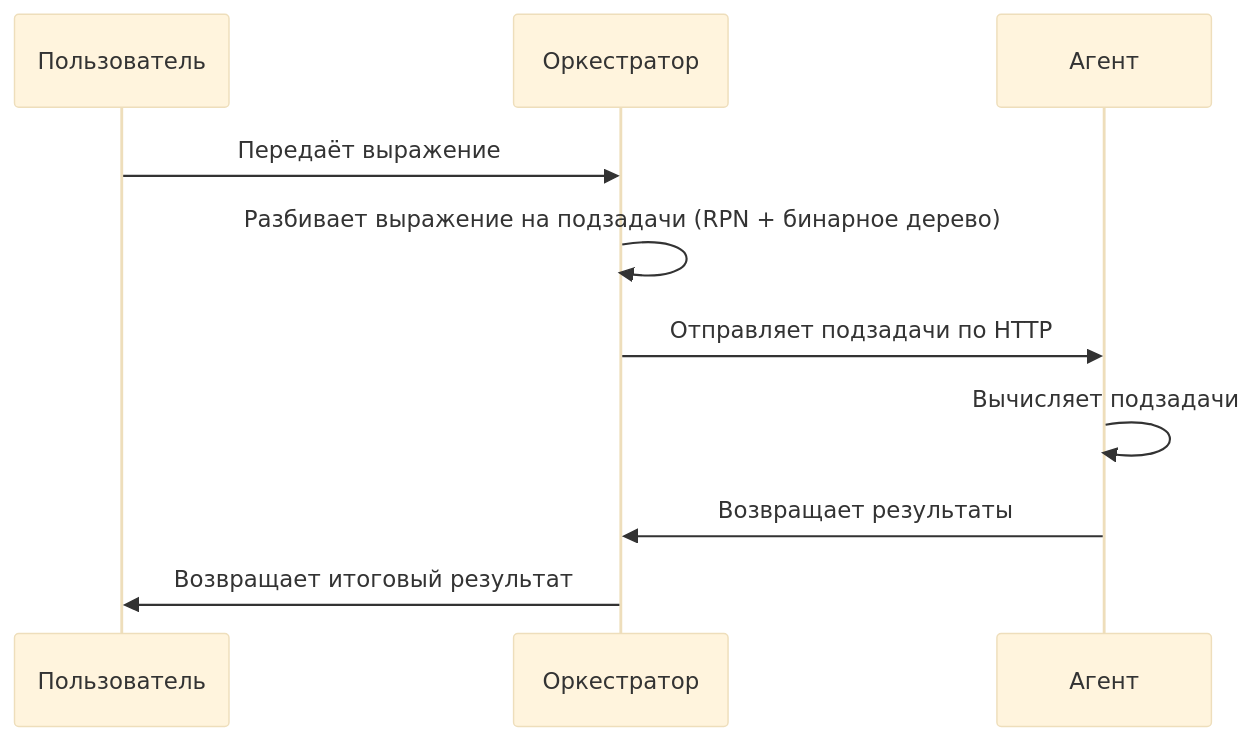
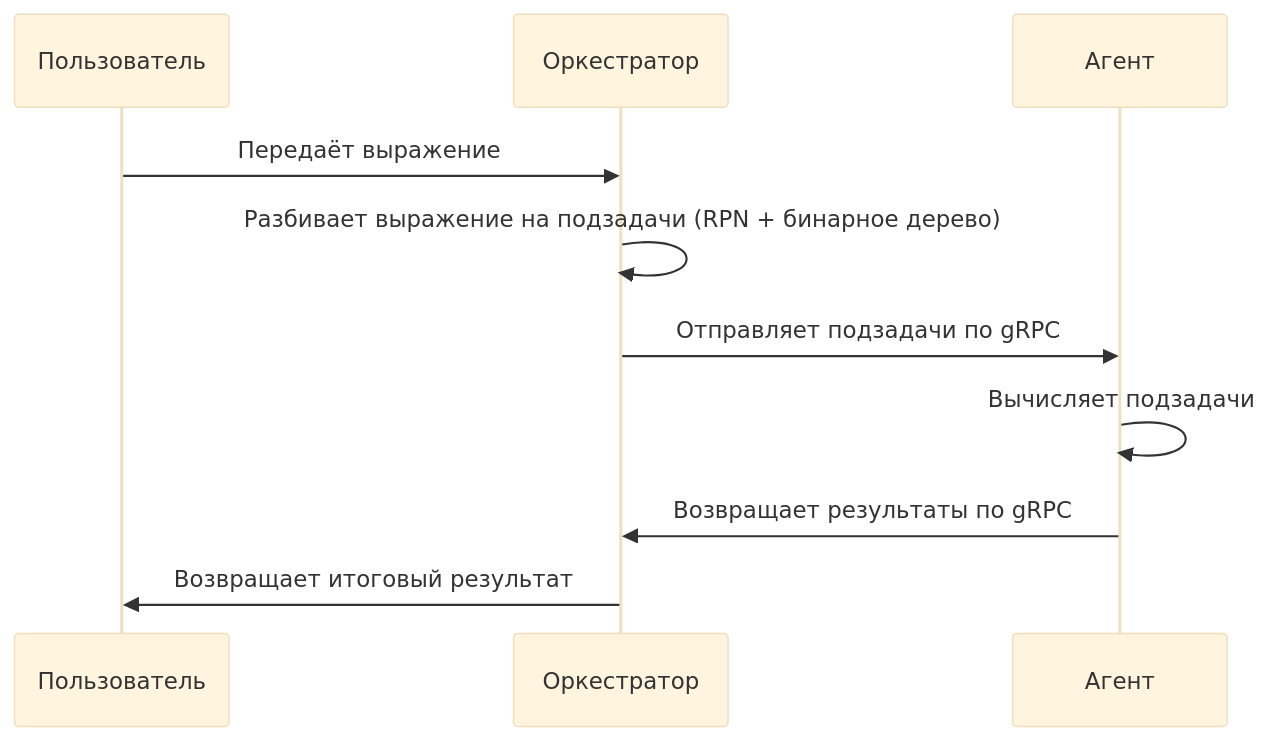
Before and after one commit to StepanShel/Yandexproject: the diagram in README.md, drawn with Mermaid (base theme). The commit also changed other lines of this file, not shown here.

````diff
--- a/README.md
+++ b/README.md
@@ -187,13 +189,13 @@
 ```mermaid
 sequenceDiagram
     participant Пользователь
     participant Оркестратор
     participant Агент
 
     Пользователь->>Оркестратор: Передаёт выражение
     Оркестратор->>Оркестратор: Разбивает выражение на подзадачи (RPN + бинарное дерево)
-    Оркестратор->>Агент: Отправляет подзадачи по HTTP
+    Оркестратор->>Агент: Отправляет подзадачи по gRPC
     Агент->>Агент: Вычисляет подзадачи
-    Агент->>Оркестратор: Возвращает результаты
+    Агент->>Оркестратор: Возвращает результаты по gRPC
     Оркестратор->>Пользователь: Возвращает итоговый результат
 ```
````
